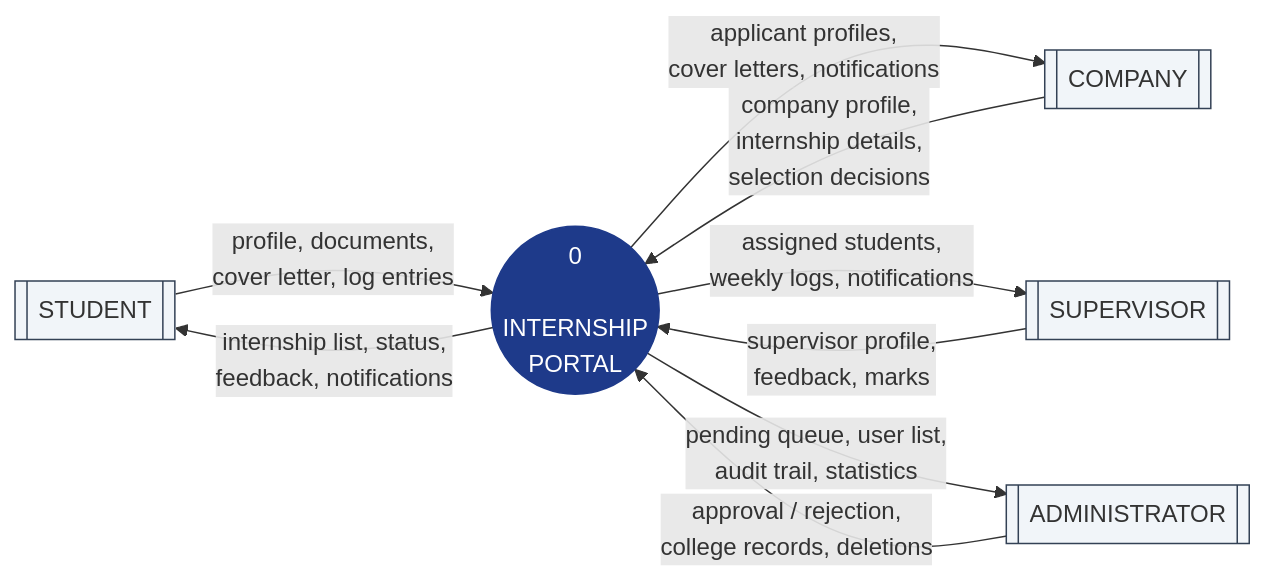
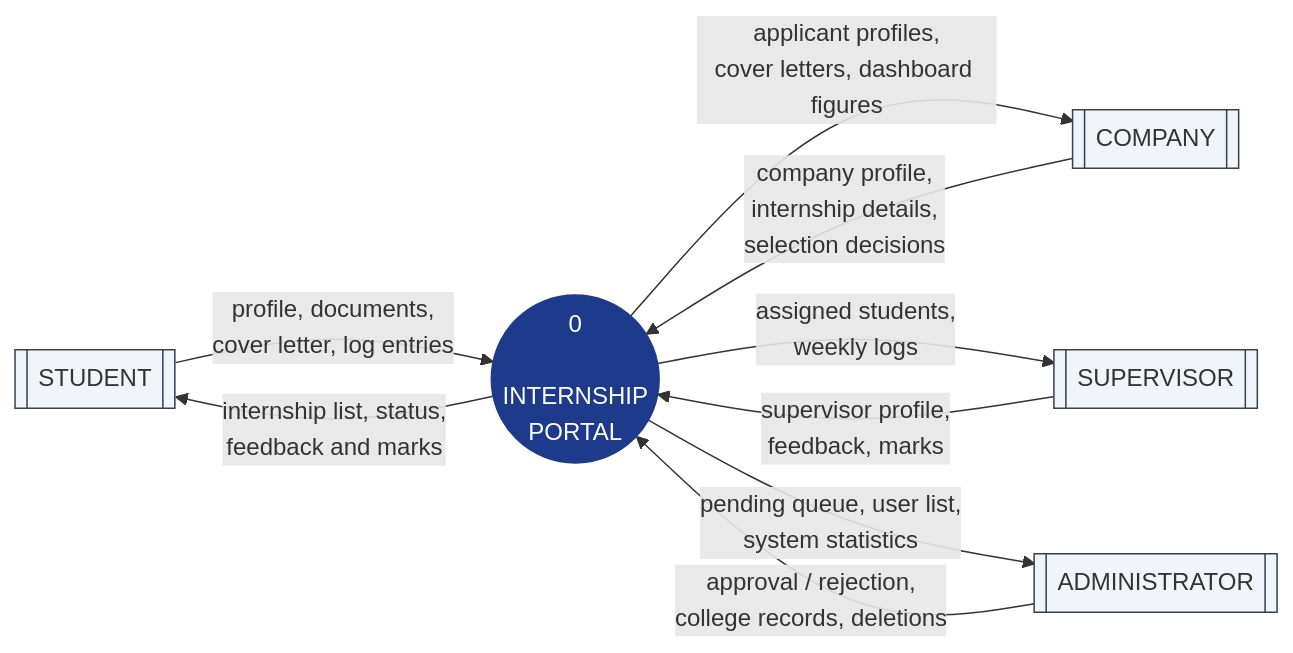
The sixth of 9 diagrams in docs/Internship_Portal_Report.md (RamSinghKarki/Internship_Portal), drawn with Mermaid before and after one commit. The commit also changed other lines of this file and 43 other files, not shown here.

First line of the commit message:
Rebuild every document around the 8-table schema

````diff
--- a/docs/Internship_Portal_Report.md
+++ b/docs/Internship_Portal_Report.md
@@ -843,27 +826,27 @@
 ```mermaid
 flowchart LR
     STU[["STUDENT"]]
     COM[["COMPANY"]]
     SUP[["SUPERVISOR"]]
     ADM[["ADMINISTRATOR"]]
 
     P0(("0<br/><br/>INTERNSHIP<br/>PORTAL"))
 
     STU -->|"profile, documents,<br/>cover letter, log entries"| P0
-    P0 -->|"internship list, status,<br/>feedback, notifications"| STU
+    P0 -->|"internship list, status,<br/>feedback and marks"| STU
 
     COM -->|"company profile,<br/>internship details,<br/>selection decisions"| P0
-    P0 -->|"applicant profiles,<br/>cover letters, notifications"| COM
+    P0 -->|"applicant profiles,<br/>cover letters, dashboard figures"| COM
 
     SUP -->|"supervisor profile,<br/>feedback, marks"| P0
-    P0 -->|"assigned students,<br/>weekly logs, notifications"| SUP
+    P0 -->|"assigned students,<br/>weekly logs"| SUP
 
     ADM -->|"approval / rejection,<br/>college records, deletions"| P0
-    P0 -->|"pending queue, user list,<br/>audit trail, statistics"| ADM
+    P0 -->|"pending queue, user list,<br/>system statistics"| ADM
 
     style P0 fill:#1e3a8a,stroke:#1e3a8a,color:#ffffff
     style STU fill:#f1f5f9,stroke:#334155
     style COM fill:#f1f5f9,stroke:#334155
     style SUP fill:#f1f5f9,stroke:#334155
     style ADM fill:#f1f5f9,stroke:#334155
 ```
````
